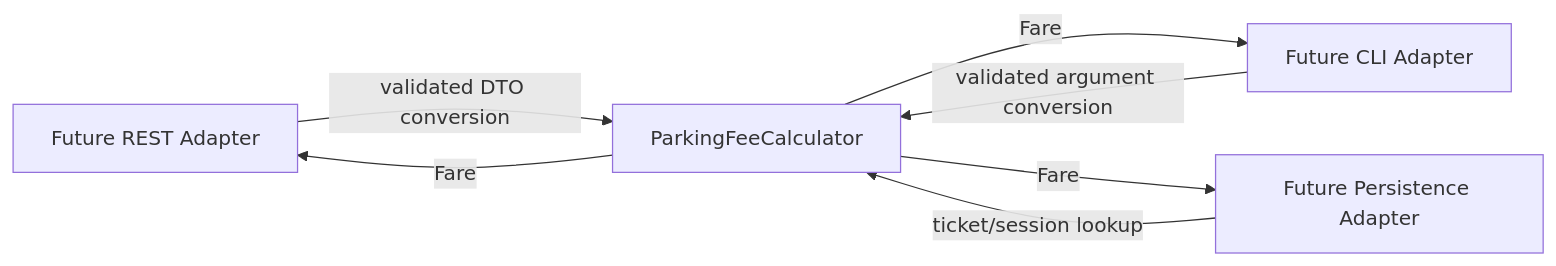
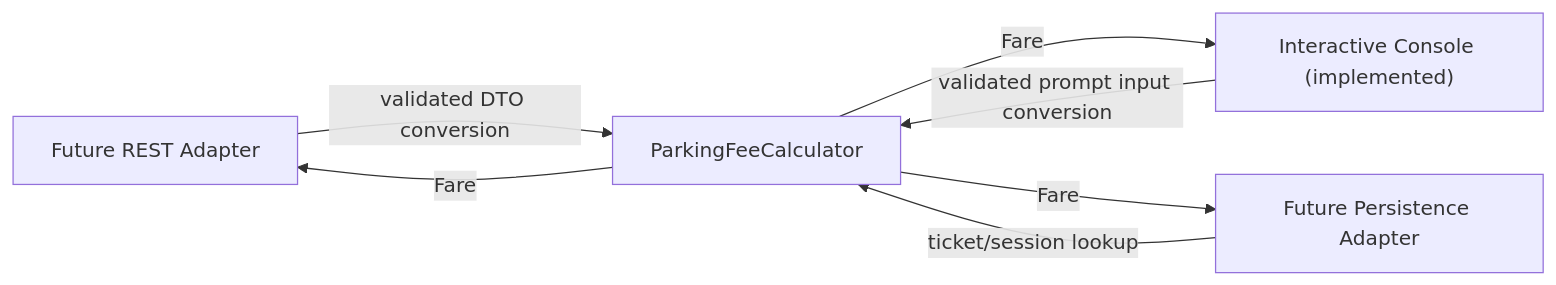
Diagram 13 of 13 in SYSTEM_DESIGN_DIAGRAMS.md (hariharamuvvala/smart-parking-lot), drawn with Mermaid before and after one commit. The commit also changed other lines of this file and 7 other files, not shown here.

````diff
--- a/SYSTEM_DESIGN_DIAGRAMS.md
+++ b/SYSTEM_DESIGN_DIAGRAMS.md
@@ -462,16 +462,16 @@
 ```mermaid
 flowchart LR
     REST["Future REST Adapter"]
-    CLI["Future CLI Adapter"]
+    CLI["Interactive Console (implemented)"]
     Persistence["Future Persistence Adapter"]
 
     DomainAPI["ParkingFeeCalculator"]
 
     REST -->|"validated DTO conversion"| DomainAPI
-    CLI -->|"validated argument conversion"| DomainAPI
+    CLI -->|"validated prompt input conversion"| DomainAPI
     Persistence -->|"ticket/session lookup"| DomainAPI
 
     DomainAPI -->|"Fare"| REST
     DomainAPI -->|"Fare"| CLI
     DomainAPI -->|"Fare"| Persistence
 ```
````
